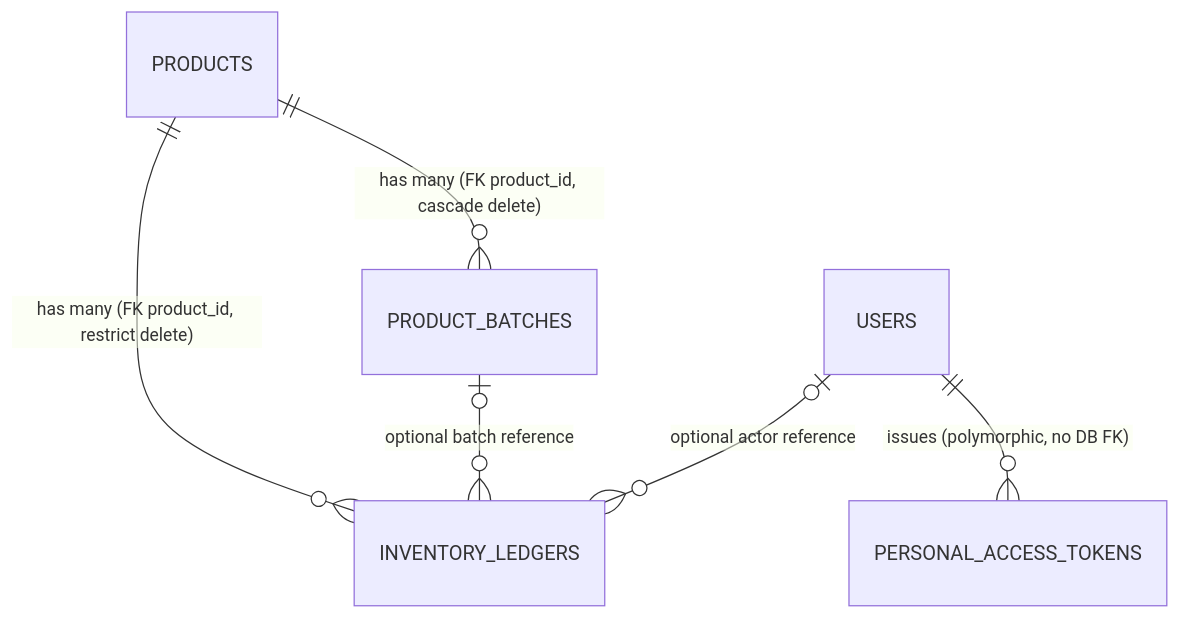
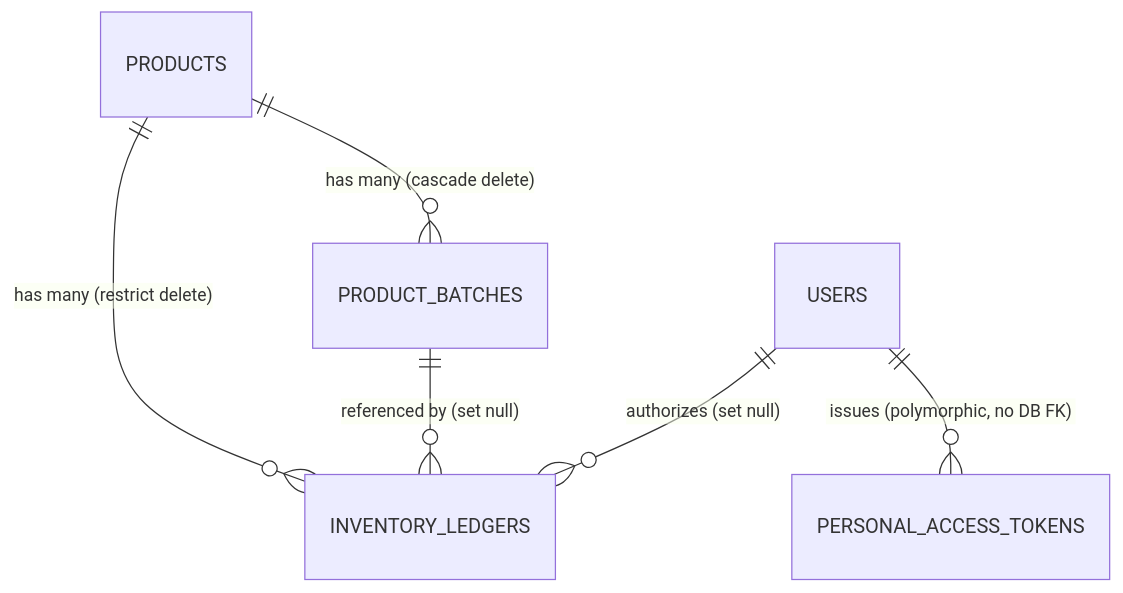
The second of 2 diagrams in README.md (reiy-git/WalangBrownout), drawn with Mermaid before and after one commit. The commit also changed other lines of this file, not shown here.

````diff
--- a/README.md
+++ b/README.md
@@ -232,8 +241,8 @@
 ```mermaid
 erDiagram
-    PRODUCTS ||--o{ PRODUCT_BATCHES : "has many (FK product_id, cascade delete)"
-    PRODUCTS ||--o{ INVENTORY_LEDGERS : "has many (FK product_id, restrict delete)"
-    PRODUCT_BATCHES o|--o{ INVENTORY_LEDGERS : "optional batch reference"
-    USERS o|--o{ INVENTORY_LEDGERS : "optional actor reference"
+    PRODUCTS ||--o{ PRODUCT_BATCHES : "has many (cascade delete)"
+    PRODUCTS ||--o{ INVENTORY_LEDGERS : "has many (restrict delete)"
+    PRODUCT_BATCHES ||--o{ INVENTORY_LEDGERS : "referenced by (set null)"
+    USERS ||--o{ INVENTORY_LEDGERS : "authorizes (set null)"
     USERS ||--o{ PERSONAL_ACCESS_TOKENS : "issues (polymorphic, no DB FK)"
 ```
````
